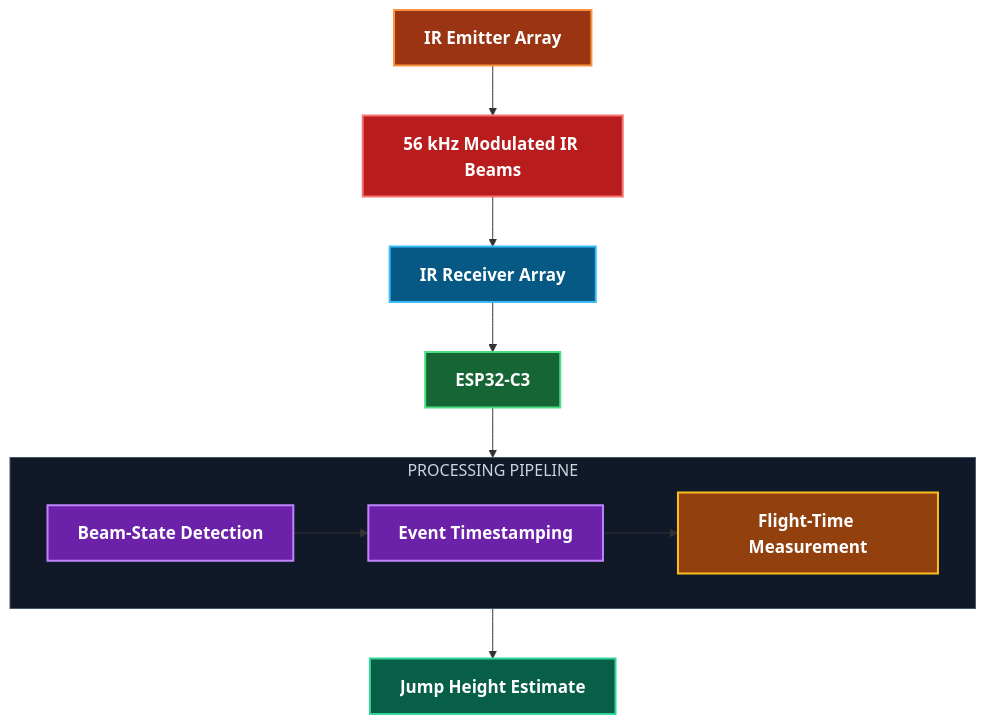
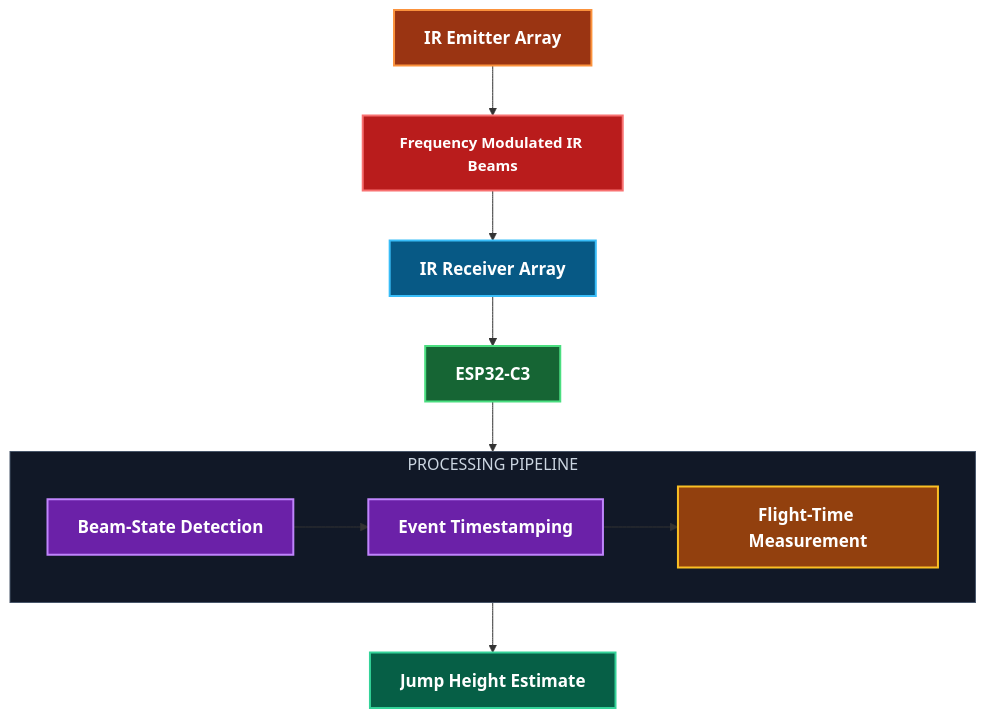
The diagram in README.md (ah-789/optical-jump-measurement-system), drawn with Mermaid before and after one commit.

Commit message:
Adjustments

````diff
--- a/README.md
+++ b/README.md
@@ -18,36 +18,36 @@
 ```mermaid
 flowchart TD
 
     A[IR Emitter Array]:::emitter
-    H[56 kHz Modulated IR Beams]:::beam
+    H[Frequency Modulated IR Beams]:::beam
     B[IR Receiver Array]:::receiver
     C[ESP32-C3]:::controller
     G[Jump Height Estimate]:::output
 
     subgraph PIPELINE["PROCESSING PIPELINE"]
         direction LR
 
         D[Beam-State Detection]:::processing
         E[Event Timestamping]:::processing
         F[Flight-Time Measurement]:::measurement
 
         D --> E --> F
     end
 
     A --> H
     H --> B
     B --> C
 
     C --> PIPELINE
     PIPELINE --> G
 
     classDef emitter fill:#9A3412,stroke:#FB923C,stroke-width:2px,color:#FFFFFF,font-size:17px,font-weight:bold;
-    classDef beam fill:#B91C1C,stroke:#F87171,stroke-width:2px,color:#FFFFFF,font-size:17px,font-weight:bold,Font-size:12;
+    classDef beam fill:#B91C1C,stroke:#F87171,stroke-width:2px,color:#FFFFFF,font-size:15px,font-weight:bold,font-size:12;
     classDef receiver fill:#075985,stroke:#38BDF8,stroke-width:2px,color:#FFFFFF,font-size:17px,font-weight:bold;
     classDef controller fill:#166534,stroke:#4ADE80,stroke-width:2px,color:#FFFFFF,font-size:17px,font-weight:bold;
     classDef processing fill:#6B21A8,stroke:#C084FC,stroke-width:2px,color:#FFFFFF,font-size:17px,font-weight:bold;
     classDef measurement fill:#92400E,stroke:#FBBF24,stroke-width:2px,color:#FFFFFF,font-size:17px,font-weight:bold;
     classDef output fill:#065F46,stroke:#34D399,stroke-width:2px,color:#FFFFFF,font-size:17px,font-weight:bold;
 
     style PIPELINE fill:#111827,stroke:#475569,stroke-width:1px,color:#CBD5E1
 ```
````
